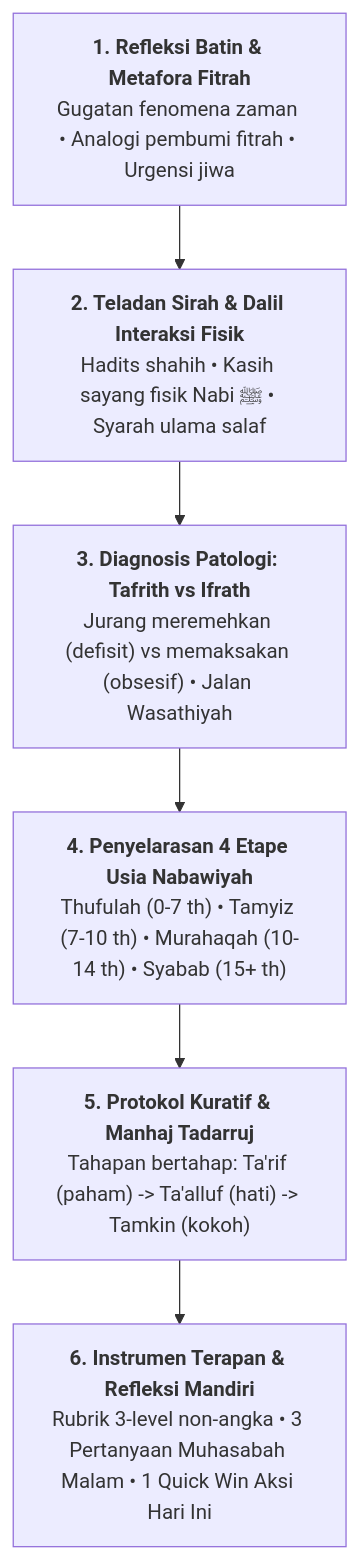
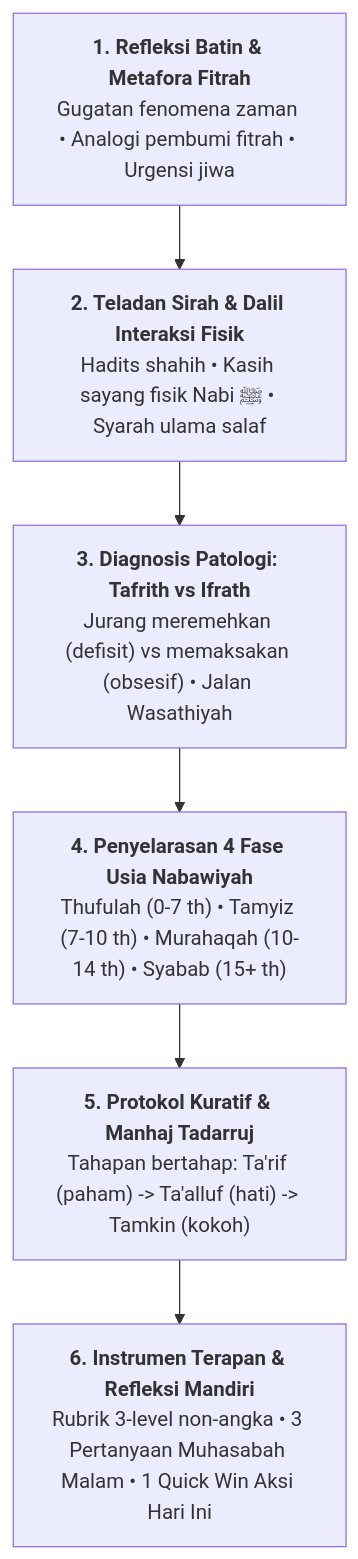
One commit to decaller/wiki-pkn changed the diagram in pipeline_designs/USTADZ_ABDUL_KHOLIQ_STYLE_GUIDE.md. Above: the diagram before and after it, drawn with Mermaid. The commit also changed other lines of this file and 456 other files, not shown here.

````diff
--- a/pipeline_designs/USTADZ_ABDUL_KHOLIQ_STYLE_GUIDE.md
+++ b/pipeline_designs/USTADZ_ABDUL_KHOLIQ_STYLE_GUIDE.md
@@ -24,11 +24,11 @@
 ```mermaid
 flowchart TD
     P1["<b>1. Refleksi Batin & Metafora Fitrah</b><br/>Gugatan fenomena zaman • Analogi pembumi fitrah • Urgensi jiwa"]
     P2["<b>2. Teladan Sirah & Dalil Interaksi Fisik</b><br/>Hadits shahih • Kasih sayang fisik Nabi ﷺ • Syarah ulama salaf"]
     P3["<b>3. Diagnosis Patologi: Tafrith vs Ifrath</b><br/>Jurang meremehkan (defisit) vs memaksakan (obsesif) • Jalan Wasathiyah"]
-    P4["<b>4. Penyelarasan 4 Etape Usia Nabawiyah</b><br/>Thufulah (0-7 th) • Tamyiz (7-10 th) • Murahaqah (10-14 th) • Syabab (15+ th)"]
+    P4["<b>4. Penyelarasan 4 Fase Usia Nabawiyah</b><br/>Thufulah (0-7 th) • Tamyiz (7-10 th) • Murahaqah (10-14 th) • Syabab (15+ th)"]
     P5["<b>5. Protokol Kuratif & Manhaj Tadarruj</b><br/>Tahapan bertahap: Ta'rif (paham) -> Ta'alluf (hati) -> Tamkin (kokoh)"]
     P6["<b>6. Instrumen Terapan & Refleksi Mandiri</b><br/>Rubrik 3-level non-angka • 3 Pertanyaan Muhasabah Malam • 1 Quick Win Aksi Hari Ini"]
 
     P1 --> P2 --> P3 --> P4 --> P5 --> P6
 ```
````
